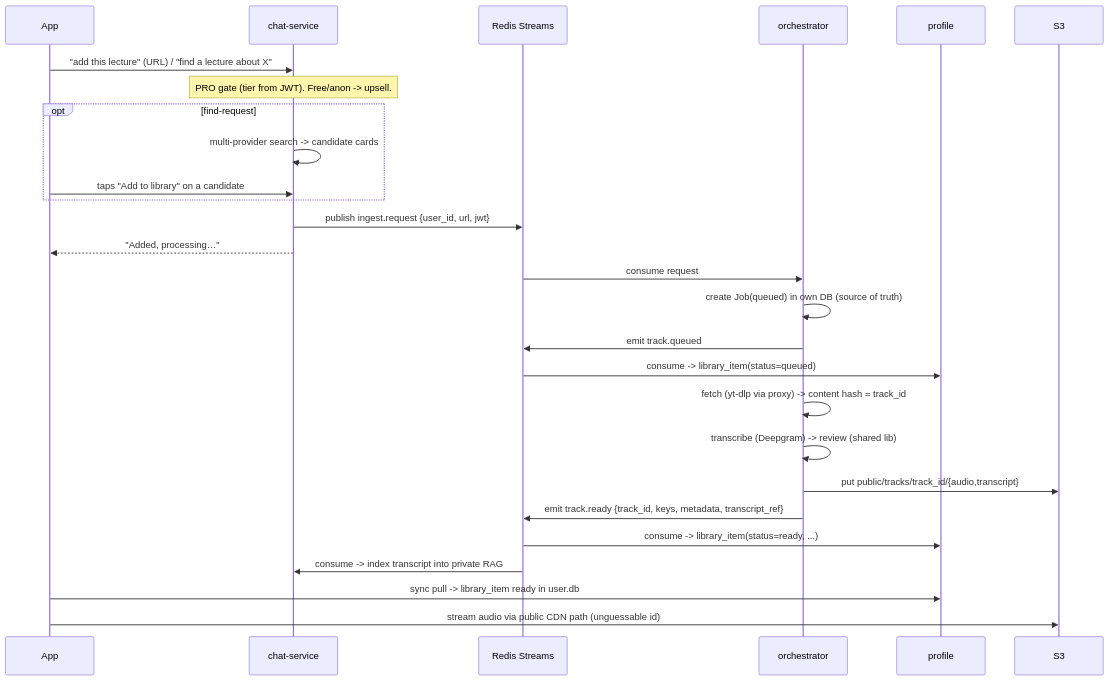
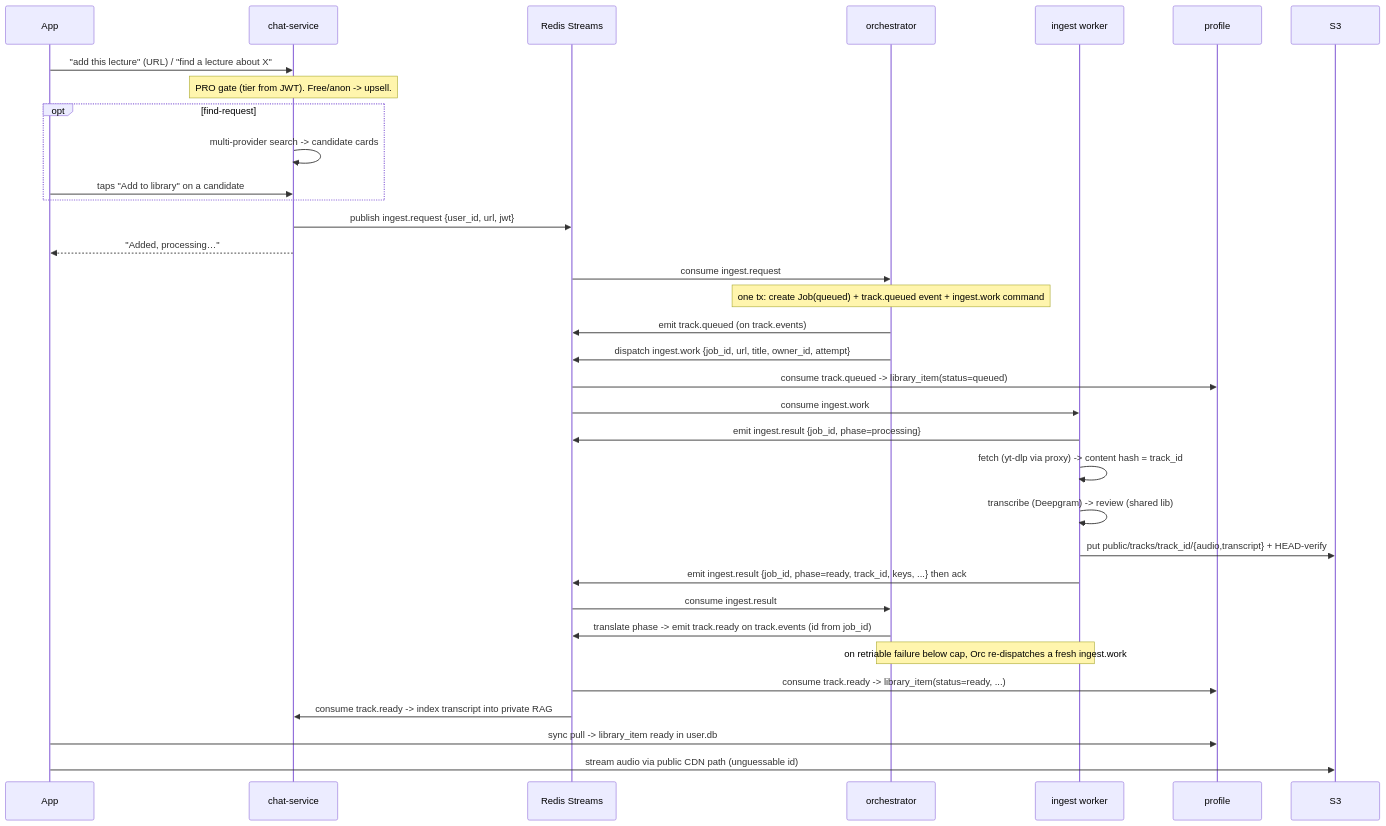
One commit to jiva-studio/shruti changed the second of 3 diagrams in docs/repos/shruti/architecture/personal-library.md. Above: the diagram before and after it, drawn with Mermaid. The commit also changed other lines of this file, not shown here.

First line of the commit message:
docs(personal-library): reflect ingest worker / orchestrator coordinator split

````diff
--- a/docs/repos/shruti/architecture/personal-library.md
+++ b/docs/repos/shruti/architecture/personal-library.md
@@ -62,30 +67,37 @@
 ```mermaid
 sequenceDiagram
     participant App
     participant Chat as chat-service
     participant EV as Redis Streams
     participant Orc as orchestrator
+    participant Ing as ingest worker
     participant Prof as profile
     participant S3
 
     App->>Chat: "add this lecture" (URL) / "find a lecture about X"
     Note over Chat: PRO gate (tier from JWT). Free/anon -> upsell.
     opt find-request
         Chat->>Chat: multi-provider search -> candidate cards
         App->>Chat: taps "Add to library" on a candidate
     end
     Chat->>EV: publish ingest.request {user_id, url, jwt}
     Chat-->>App: "Added, processing…"
-    EV->>Orc: consume request
-    Orc->>Orc: create Job(queued) in own DB (source of truth)
-    Orc->>EV: emit track.queued
-    EV->>Prof: consume -> library_item(status=queued)
-    Orc->>Orc: fetch (yt-dlp via proxy) -> content hash = track_id
-    Orc->>Orc: transcribe (Deepgram) -> review (shared lib)
-    Orc->>S3: put public/tracks/track_id/{audio,transcript}
-    Orc->>EV: emit track.ready {track_id, keys, metadata, transcript_ref}
-    EV->>Prof: consume -> library_item(status=ready, ...)
-    EV->>Chat: consume -> index transcript into private RAG
+    EV->>Orc: consume ingest.request
+    Note over Orc: one tx: create Job(queued) + track.queued event + ingest.work command
+    Orc->>EV: emit track.queued (on track.events)
+    Orc->>EV: dispatch ingest.work {job_id, url, title, owner_id, attempt}
+    EV->>Prof: consume track.queued -> library_item(status=queued)
+    EV->>Ing: consume ingest.work
+    Ing->>EV: emit ingest.result {job_id, phase=processing}
+    Ing->>Ing: fetch (yt-dlp via proxy) -> content hash = track_id
+    Ing->>Ing: transcribe (Deepgram) -> review (shared lib)
+    Ing->>S3: put public/tracks/track_id/{audio,transcript} + HEAD-verify
+    Ing->>EV: emit ingest.result {job_id, phase=ready, track_id, keys, ...} then ack
+    EV->>Orc: consume ingest.result
+    Orc->>EV: translate phase -> emit track.ready on track.events (id from job_id)
+    Note over Orc,Ing: on retriable failure below cap, Orc re-dispatches a fresh ingest.work
+    EV->>Prof: consume track.ready -> library_item(status=ready, ...)
+    EV->>Chat: consume track.ready -> index transcript into private RAG
     App->>Prof: sync pull -> library_item ready in user.db
     App->>S3: stream audio via public CDN path (unguessable id)
 ```
````
